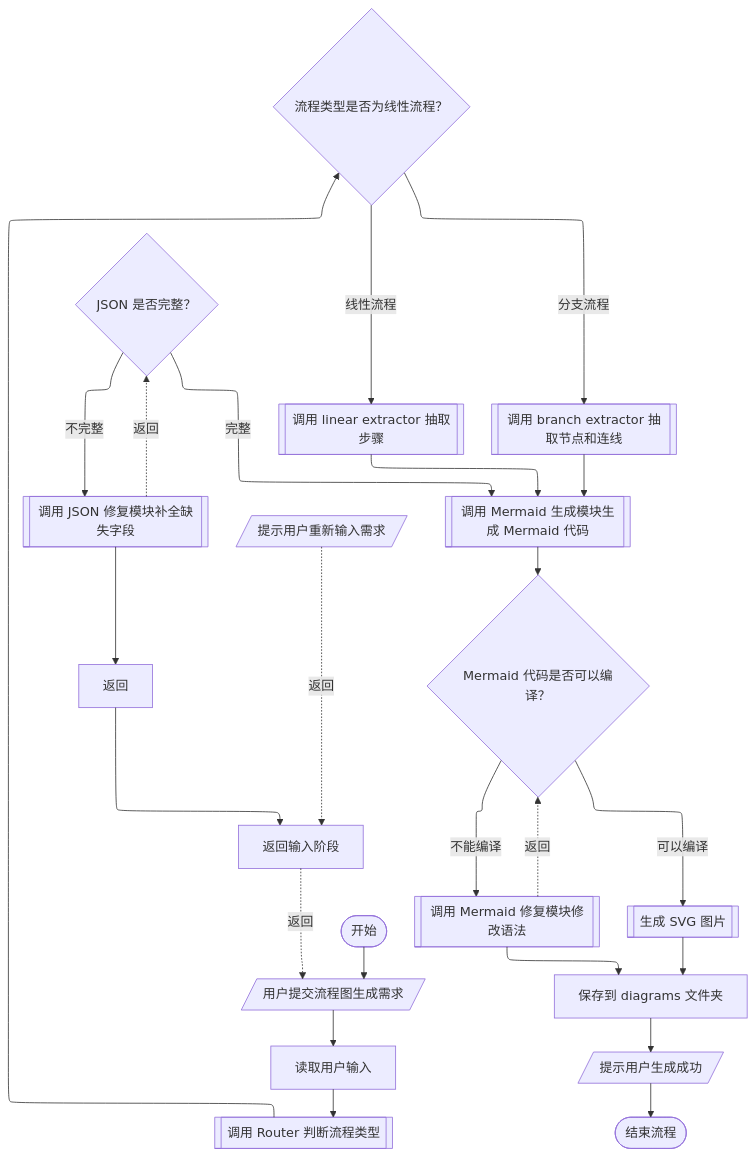
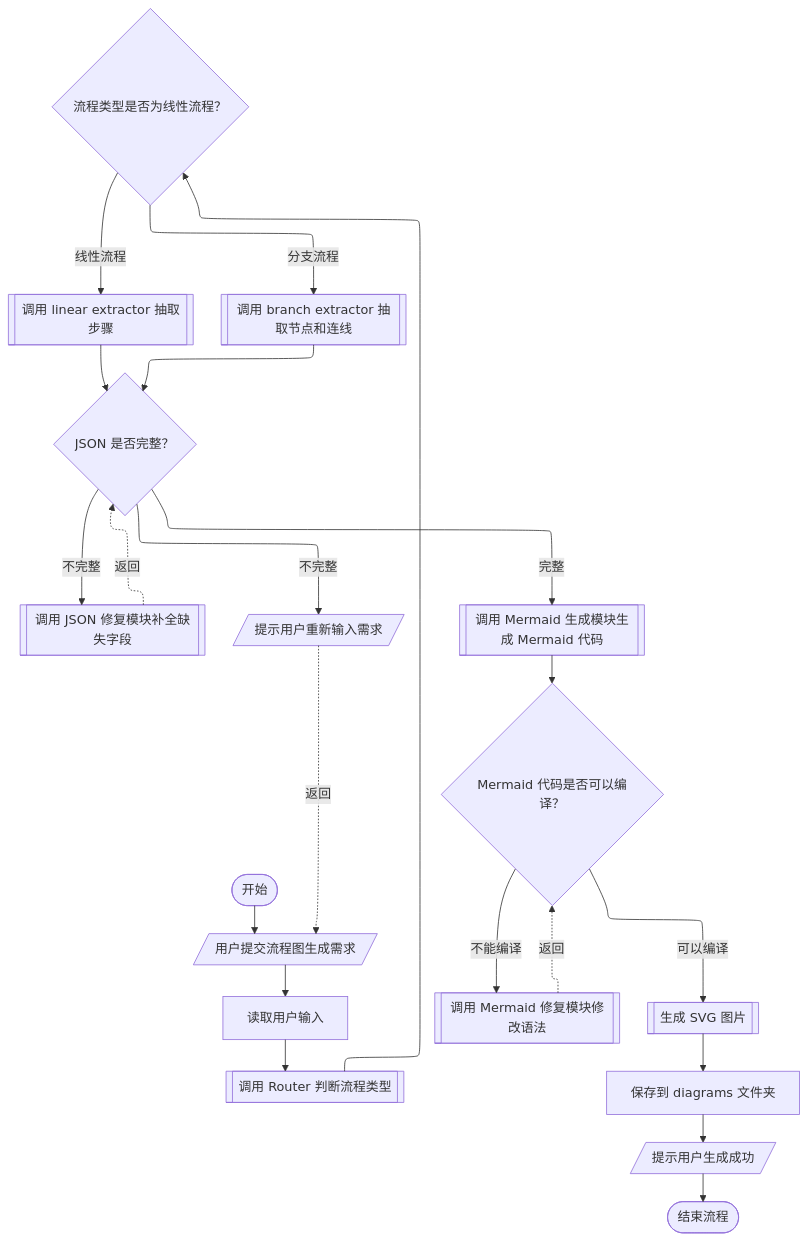
One commit to pujipia/Agent-Practise changed the diagram in diagrams/branch_flowchart.mmd. Above: the diagram before and after it, drawn with Mermaid. The commit also changed 3 other files, not shown here.

```diff
--- a/diagrams/branch_flowchart.mmd
+++ b/diagrams/branch_flowchart.mmd
@@ -1,45 +1,40 @@
 %%{init: {"flowchart": {"defaultRenderer": "elk"}}}%%
 flowchart TD
 A(["开始"])
 B[/"用户提交流程图生成需求"/]
 C["读取用户输入"]
 D[["调用 Router 判断流程类型"]]
 E{"流程类型是否为线性流程？"}
 F[["调用 linear extractor 抽取步骤"]]
 G[["调用 branch extractor 抽取节点和连线"]]
 H{"JSON 是否完整？"}
 I[["调用 JSON 修复模块补全缺失字段"]]
-J["返回"]
-K["返回输入阶段"]
-L[/"提示用户重新输入需求"/]
-M[["调用 Mermaid 生成模块生成 Mermaid 代码"]]
-N{"Mermaid 代码是否可以编译？"}
-O[["调用 Mermaid 修复模块修改语法"]]
-P[["生成 SVG 图片"]]
-Q["保存到 diagrams 文件夹"]
-R[/"提示用户生成成功"/]
-S(["结束流程"])
+K[/"提示用户重新输入需求"/]
+L[["调用 Mermaid 生成模块生成 Mermaid 代码"]]
+M{"Mermaid 代码是否可以编译？"}
+N[["调用 Mermaid 修复模块修改语法"]]
+O[["生成 SVG 图片"]]
+P["保存到 diagrams 文件夹"]
+Q[/"提示用户生成成功"/]
+R(["结束流程"])
 
 A --> B
 B --> C
 C --> D
 D --> E
 E -->|线性流程| F
 E -->|分支流程| G
-F --> M
-M --> N
-N -->|不能编译| O
-N -->|可以编译| P
+F --> H
+H -->|不完整| I
+H -->|不完整| K
+K -.->|返回| B
+H -->|完整| L
+L --> M
+M -->|不能编译| N
+M -->|可以编译| O
+N -.->|返回| M
+O --> P
 P --> Q
 Q --> R
-R --> S
-H -->|不完整| I
-I --> J
-J --> K
-K -.->|返回| B
-H -->|完整| M
-L -.->|返回| K
-G --> M
-O --> Q
+G --> H
 I -.->|返回| H
-O -.->|返回| N
```
